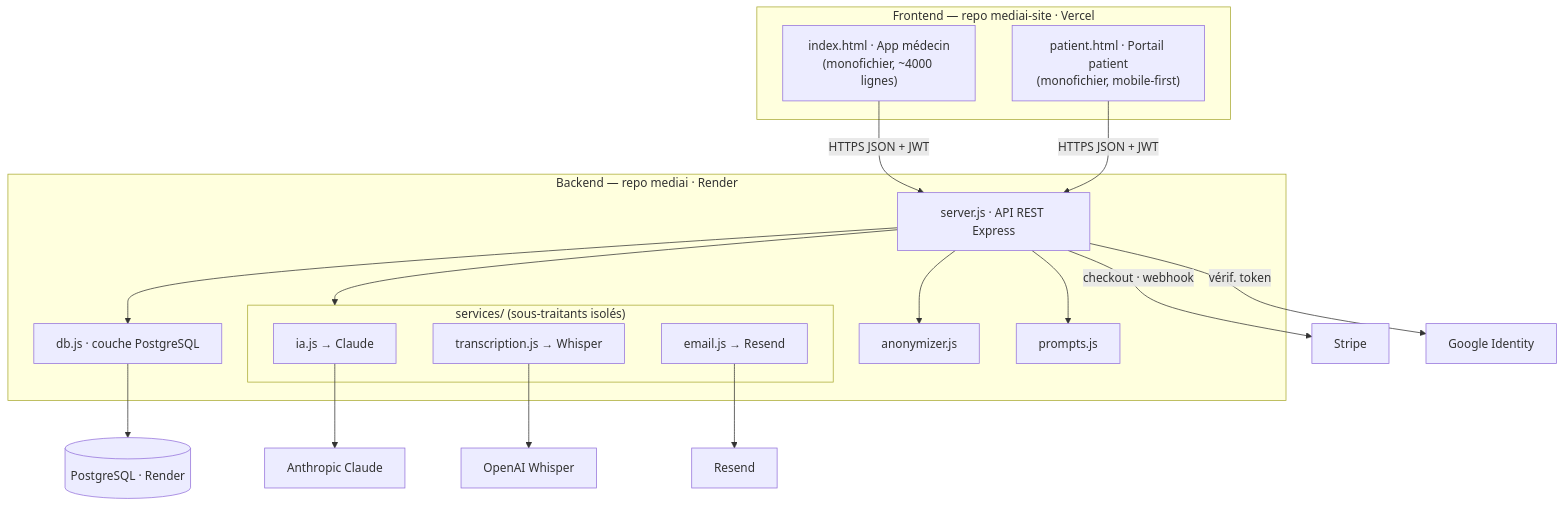
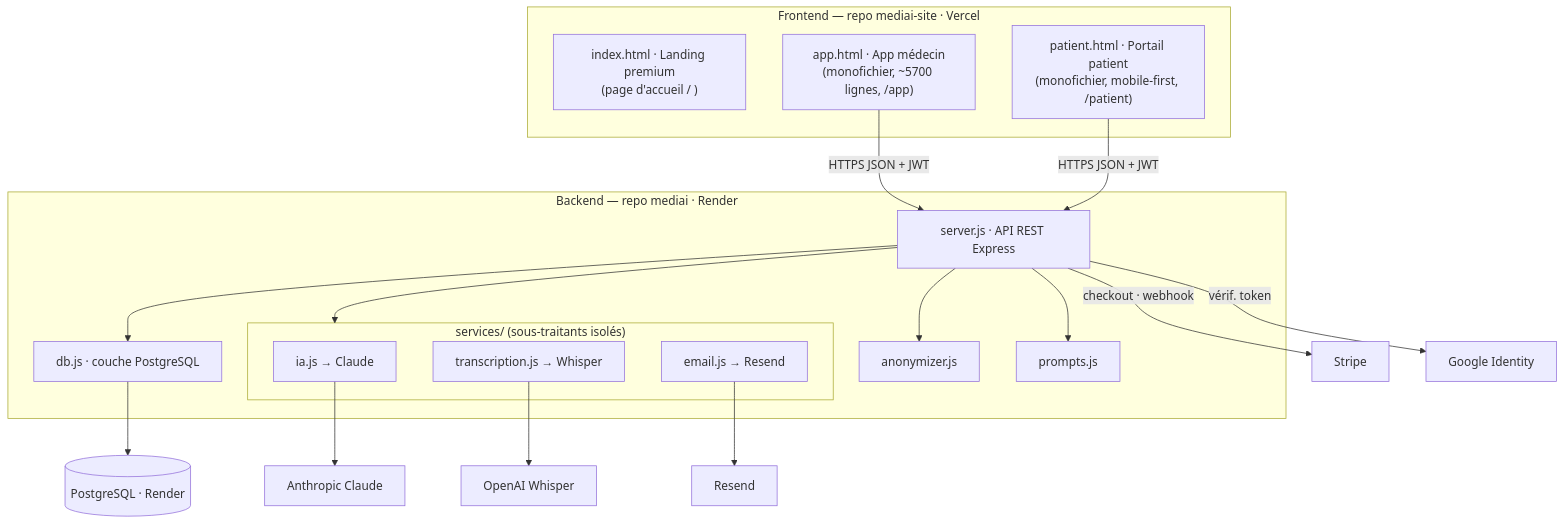
Before and after one commit to llupin105-sudo/mediai: the first of 4 diagrams in docs/06_ARCHITECTURE.md, drawn with Mermaid. The commit also changed other lines of this file and 8 other files, not shown here.

````diff
--- a/docs/06_ARCHITECTURE.md
+++ b/docs/06_ARCHITECTURE.md
@@ -9,37 +9,38 @@
 ```mermaid
 flowchart TB
     subgraph FE["Frontend — repo mediai-site · Vercel"]
-        MED["index.html · App médecin<br/>(monofichier, ~4000 lignes)"]
-        PAT["patient.html · Portail patient<br/>(monofichier, mobile-first)"]
+        LAND["index.html · Landing premium<br/>(page d'accueil / )"]
+        MED["app.html · App médecin<br/>(monofichier, ~5700 lignes, /app)"]
+        PAT["patient.html · Portail patient<br/>(monofichier, mobile-first, /patient)"]
     end
 
     subgraph BE["Backend — repo mediai · Render"]
         SRV["server.js · API REST Express"]
         DBJS["db.js · couche PostgreSQL"]
         ANON["anonymizer.js"]
         PR["prompts.js"]
         subgraph SVC["services/ (sous-traitants isolés)"]
             IA["ia.js → Claude"]
             TR["transcription.js → Whisper"]
             EM["email.js → Resend"]
         end
     end
 
     PG[("PostgreSQL · Render")]
     CLAUDE["Anthropic Claude"]
     WHISPER["OpenAI Whisper"]
     RESEND["Resend"]
     STRIPE["Stripe"]
     GOOGLE["Google Identity"]
 
     MED & PAT -->|HTTPS JSON + JWT| SRV
     SRV --> DBJS --> PG
     SRV --> ANON
     SRV --> PR
     SRV --> SVC
     IA --> CLAUDE
     TR --> WHISPER
     EM --> RESEND
     SRV -->|checkout · webhook| STRIPE
     SRV -->|vérif. token| GOOGLE
 ```
````
